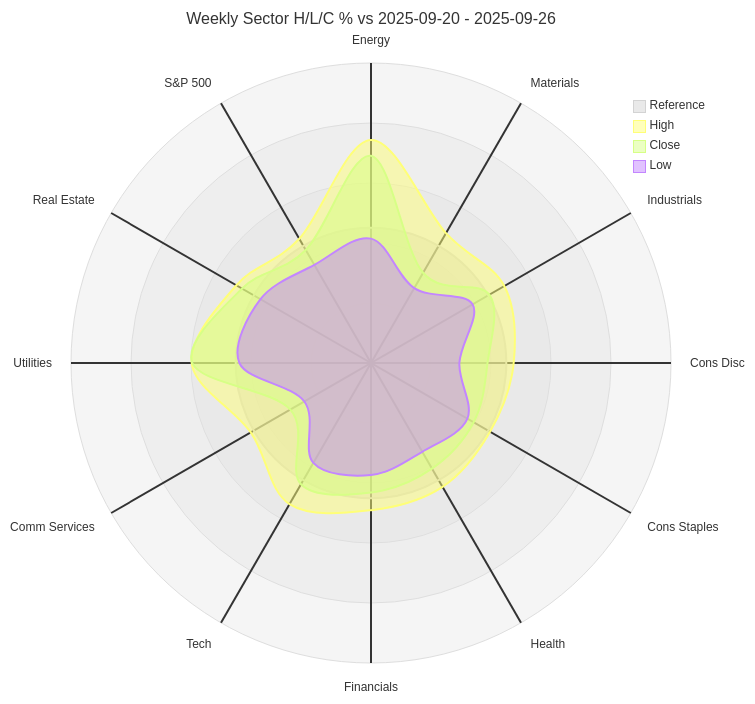
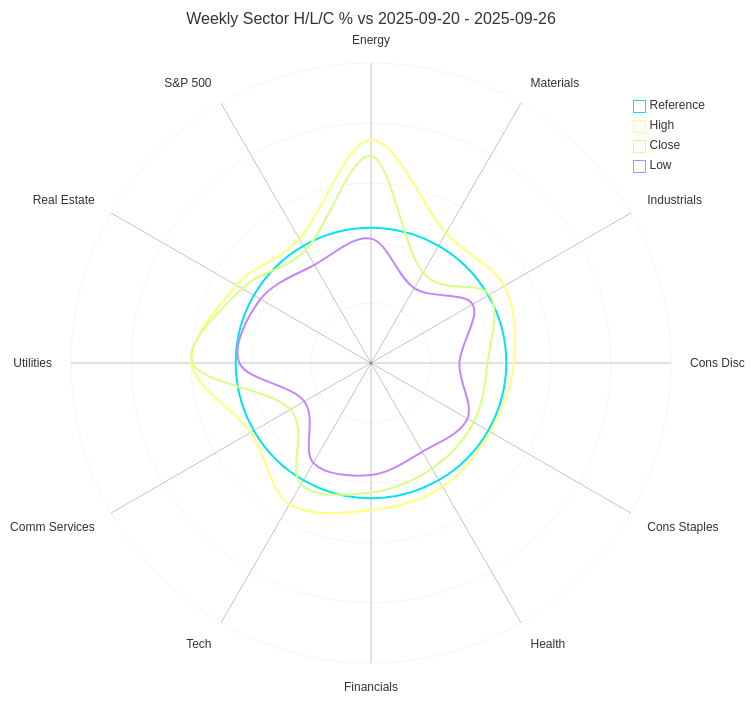
Before and after one commit to ziangziangziang/InvestmentWeeklyReport: the second of 2 diagrams in foresee/20250929.md, drawn with Mermaid. The commit also changed other lines of this file and 3 other files, not shown here.

````diff
--- a/foresee/20250929.md
+++ b/foresee/20250929.md
@@ -44,27 +44,32 @@
 ```mermaid
 ---
 title: "Weekly Sector H/L/C % vs 2025-09-20 - 2025-09-26"
 config:
   themeVariables:
-    cScale0: "#D3D3D3"
+    cScale0: "#03E3EE"
+    radar:
+      curveOpacity: 0
+      graticuleOpacity: 0
+      graticuleStrokeWidth: 0.3
+      axisStrokeWidth: 0.3
 ---
 radar-beta
   axis GSPE['Energy']
   axis SP50015['Materials']
   axis SP50020['Industrials']
   axis SP50025['Cons Disc']
   axis SP50030['Cons Staples']
   axis SP50035['Health']
   axis SP50040['Financials']
   axis SP50045['Tech']
   axis SP50050['Comm Services']
   axis SP50055['Utilities']
   axis SP50060['Real Estate']
   axis SPX['S&P 500']
   curve ref['Reference']{100.00,100.00,100.00,100.00,100.00,100.00,100.00,100.00,100.00,100.00,100.00,100.00}
   curve h['High']{105.70, 100.95, 101.21, 100.48, 100.14, 100.50, 100.77, 101.80, 100.23, 102.86, 101.31, 100.53}
   curve c['Close']{104.67, 97.98, 100.09, 98.78, 98.91, 99.13, 99.62, 100.31, 97.26, 102.82, 100.88, 99.69}
   curve l['Low']{99.29, 96.83, 98.83, 96.95, 98.44, 97.87, 98.49, 98.70, 96.21, 99.76, 99.50, 98.57}
   max 110.7
   min 91.21
 ```
````
